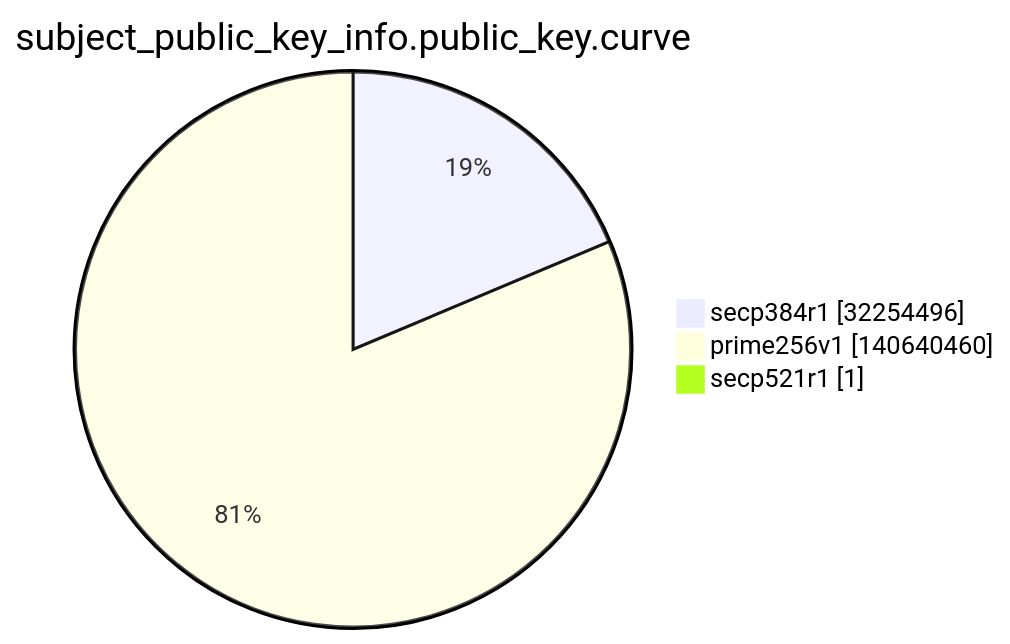
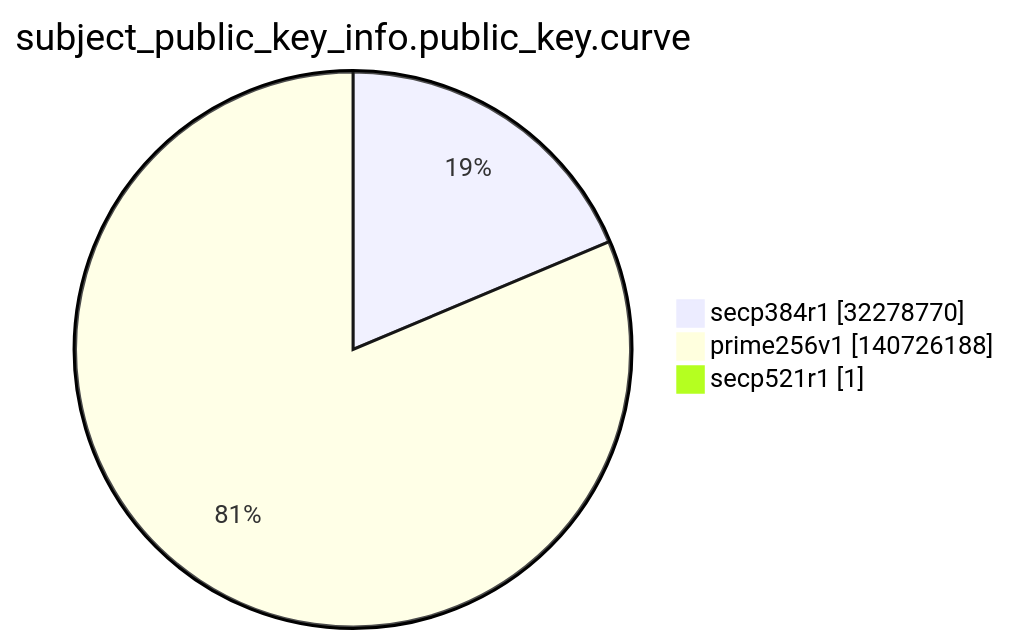
One commit to christiankrug/ctmonitor_visualization changed the ninth of 15 diagrams in argon2022/README.md. Above: the diagram before and after it, drawn with Mermaid. The commit also changed other lines of this file, not shown here.

````diff
--- a/argon2022/README.md
+++ b/argon2022/README.md
@@ -2762,7 +2762,7 @@
 ```mermaid
 pie showData
 title subject_public_key_info.public_key.curve
-"secp384r1" :32254496
-"prime256v1" :140640460
+"secp384r1" :32278770
+"prime256v1" :140726188
 "secp521r1" :1
 ```
````
